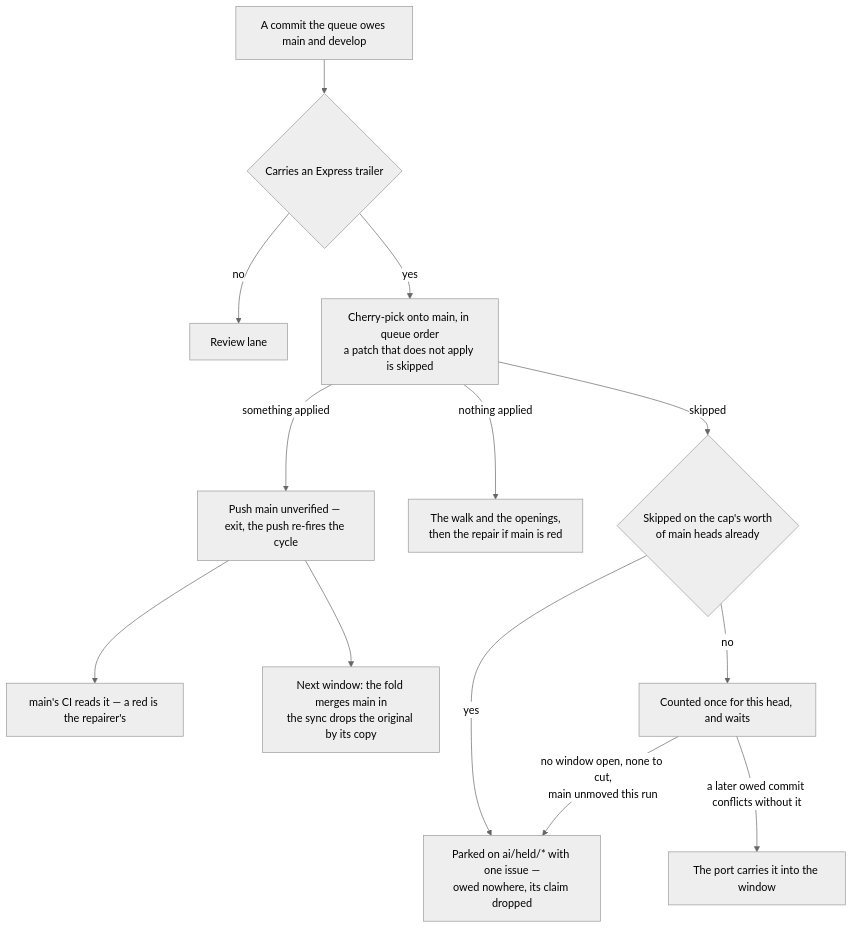
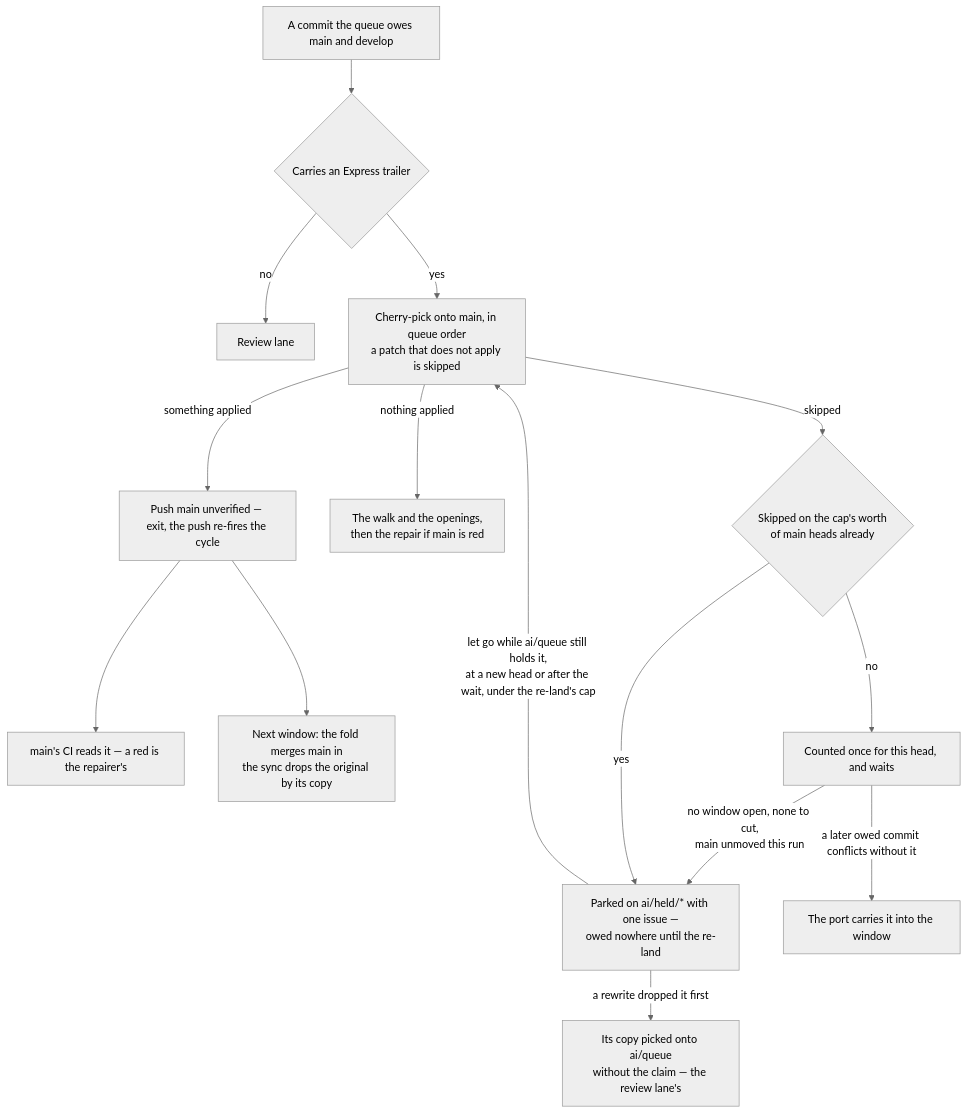
The diagram in apps/web/content/docs/infra/review-collector/express-lane.md (Esposter/Esposter), drawn with Mermaid (neutral theme) before and after one commit. The commit also changed other lines of this file and 6 other files, not shown here.

First line of the commit message:
docs(review-collector): a held commit a branch still carries is let go for the paths that parked it, and a failed re-land waits and tries the same head again

````diff
--- a/apps/web/content/docs/infra/review-collector/express-lane.md
+++ b/apps/web/content/docs/infra/review-collector/express-lane.md
@@ -27,15 +27,17 @@
 ```mermaid
 flowchart TD
   C[A commit the queue owes main and develop] --> T{Carries an Express trailer}
   T -->|no| RV[Review lane]
   T -->|yes| EX[Cherry-pick onto main, in queue order<br/>a patch that does not apply is skipped]
   EX -->|something applied| PU[Push main unverified — exit, the push re-fires the cycle]
   EX -->|nothing applied| MR[The walk and the openings,<br/>then the repair if main is red]
   PU --> CI[main's CI reads it — a red is the repairer's]
   PU --> FO[Next window: the fold merges main in<br/>the sync drops the original by its copy]
   EX -->|skipped| AT{Skipped on the cap's worth<br/>of main heads already}
   AT -->|no| WT[Counted once for this head, and waits]
   WT -->|no window open, none to cut,<br/>main unmoved this run| PK
   WT -->|a later owed commit conflicts without it| CA[The port carries it into the window]
-  AT -->|yes| PK[Parked on ai/held/* with one issue —<br/>owed nowhere, its claim dropped]
+  AT -->|yes| PK[Parked on ai/held/* with one issue —<br/>owed nowhere until the re-land]
+  PK -->|let go while ai/queue still holds it,<br/>at a new head or after the wait, under the re-land's cap| EX
+  PK -->|a rewrite dropped it first| CP[Its copy picked onto ai/queue<br/>without the claim — the review lane's]
 ```
````
